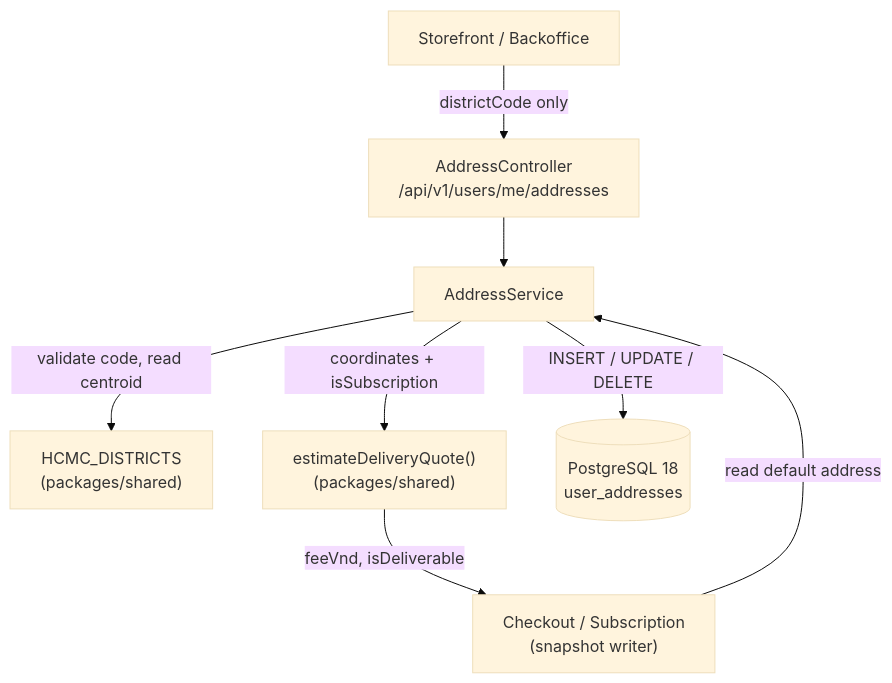
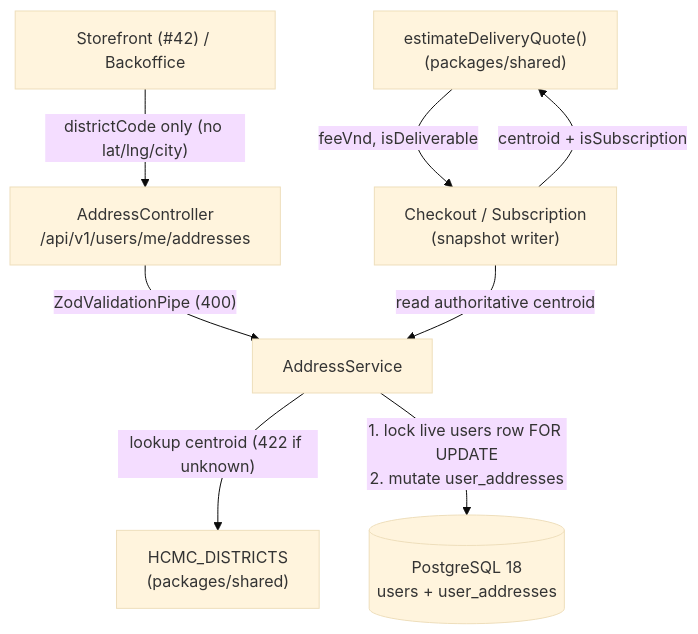
One commit to DuongDevv/greenroots-farm changed the first of 5 diagrams in docs/design/address-book-and-delivery-fee-formal-spec.md. Above: the diagram before and after it, drawn with Mermaid (base theme). The commit also changed other lines of this file and 4 other files, not shown here.

````diff
--- a/docs/design/address-book-and-delivery-fee-formal-spec.md
+++ b/docs/design/address-book-and-delivery-fee-formal-spec.md
@@ -36,18 +45,18 @@
 ```mermaid
 graph TD
-    Client["Storefront / Backoffice"]
+    Client["Storefront (#42) / Backoffice"]
     Ctrl["AddressController<br/>/api/v1/users/me/addresses"]
     Svc["AddressService"]
     District["HCMC_DISTRICTS<br/>(packages/shared)"]
     Fee["estimateDeliveryQuote()<br/>(packages/shared)"]
-    DB[("PostgreSQL 18<br/>user_addresses")]
+    DB[("PostgreSQL 18<br/>users + user_addresses")]
     Order["Checkout / Subscription<br/>(snapshot writer)"]
 
-    Client -->|"districtCode only"| Ctrl
-    Ctrl --> Svc
-    Svc -->|"validate code, read centroid"| District
-    Svc -->|"INSERT / UPDATE / DELETE"| DB
-    Svc -->|"coordinates + isSubscription"| Fee
-    Order -->|"read default address"| Svc
+    Client -->|"districtCode only (no lat/lng/city)"| Ctrl
+    Ctrl -->|"ZodValidationPipe (400)"| Svc
+    Svc -->|"lookup centroid (422 if unknown)"| District
+    Svc -->|"1. lock live users row FOR UPDATE<br/>2. mutate user_addresses"| DB
+    Order -->|"read authoritative centroid"| Svc
+    Order -->|"centroid + isSubscription"| Fee
     Fee -->|"feeVnd, isDeliverable"| Order
 ```
````
